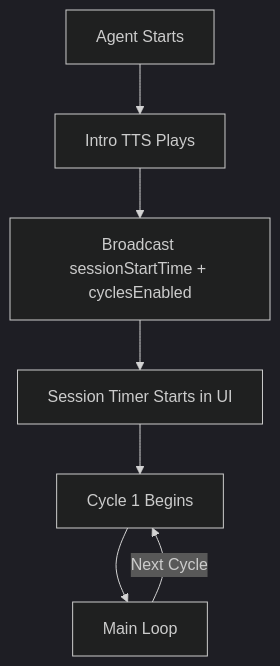
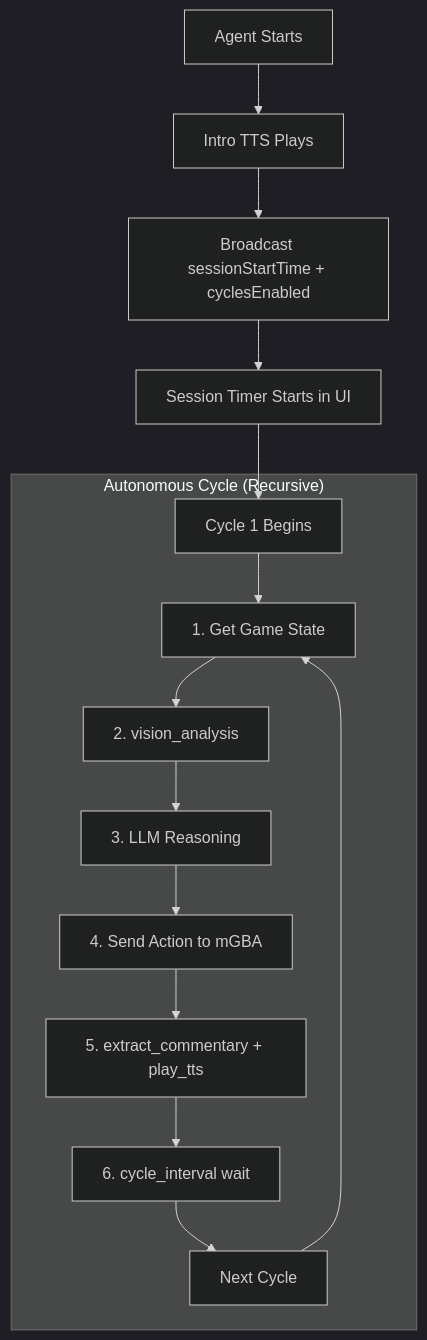
One commit to phantasy-bot/pokemon-llm changed the diagram in docs/architecture/STREAM_CYCLE.md. Above: the diagram before and after it, drawn with Mermaid (dark theme). The commit also changed other lines of this file and 322 other files, not shown here.

````diff
--- a/docs/architecture/STREAM_CYCLE.md
+++ b/docs/architecture/STREAM_CYCLE.md
@@ -7,9 +7,18 @@
 ```mermaid
 flowchart TD
-    A[Agent Starts] --> B[Intro TTS Plays]
-    B --> C[Broadcast sessionStartTime + cyclesEnabled]
-    C --> D[Session Timer Starts in UI]
-    D --> E[Cycle 1 Begins]
-    E --> F[Main Loop]
-    F --> |Next Cycle| E
+    Start[Agent Starts] --> Intro[Intro TTS Plays]
+    Intro --> Broadcast[Broadcast sessionStartTime + cyclesEnabled]
+    Broadcast --> UITimer[Session Timer Starts in UI]
+    UITimer --> Cycle1[Cycle 1 Begins]
+    
+    subgraph MainLoop["Autonomous Cycle (Recursive)"]
+        Cycle1 --> State[1. Get Game State]
+        State --> Vision[2. vision_analysis]
+        Vision --> Reasoning[3. LLM Reasoning]
+        Reasoning --> Action[4. Send Action to mGBA]
+        Action --> TTS[5. extract_commentary + play_tts]
+        TTS --> Wait[6. cycle_interval wait]
+        Wait --> Next[Next Cycle]
+        Next --> State
+    end
 ```
````
